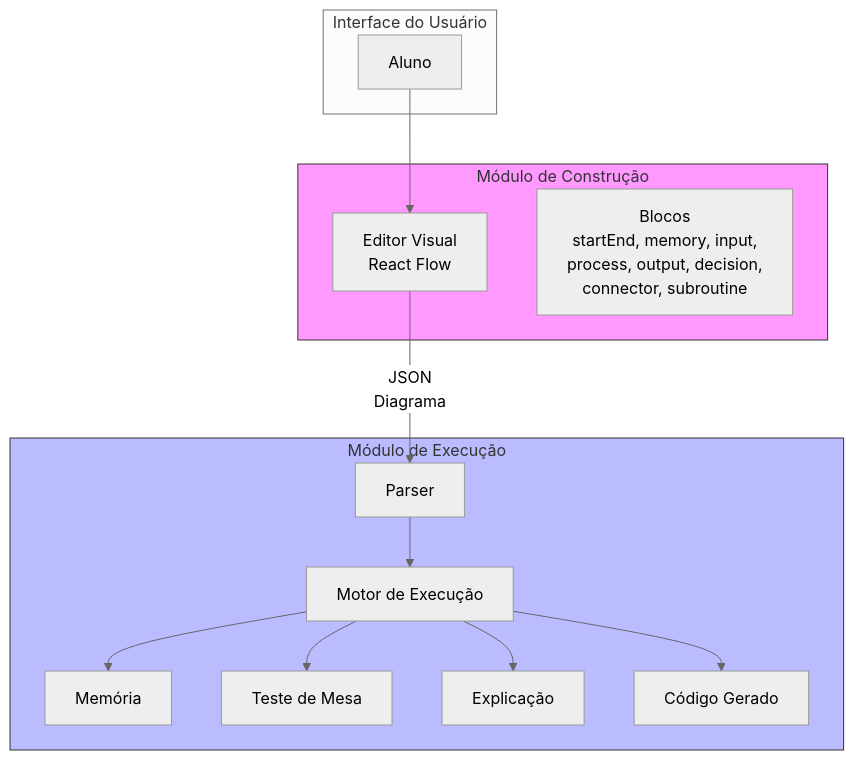
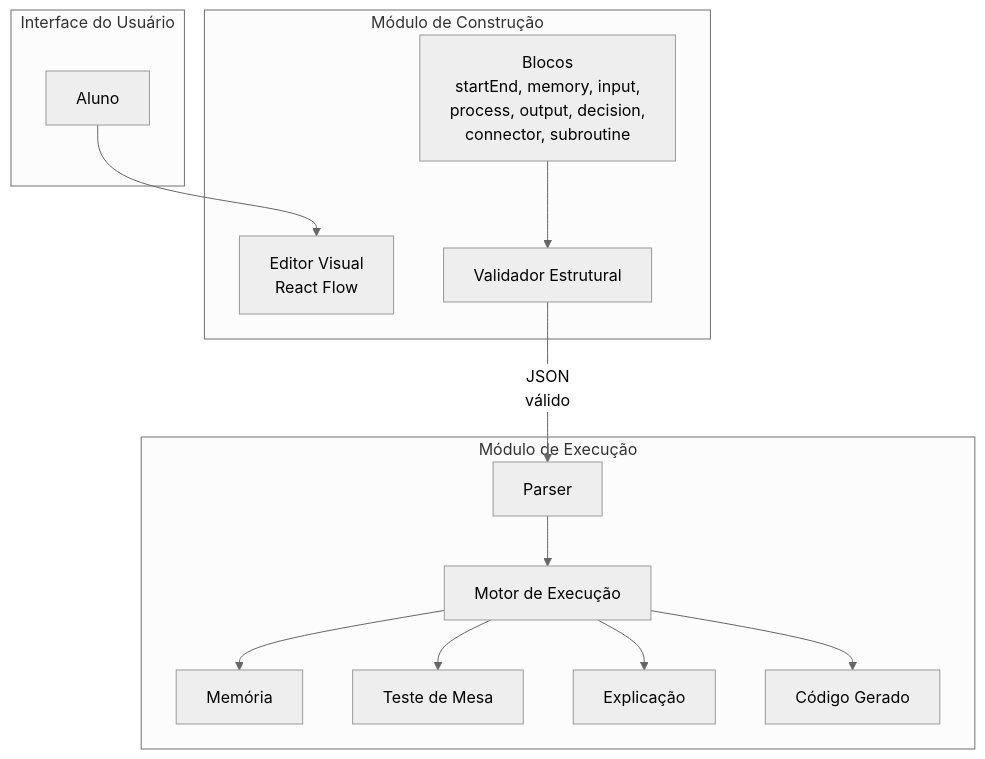
One commit to si-utfpr-gp/blade changed the first of 7 diagrams in docs/ssd.md. Above: the diagram before and after it, drawn with Mermaid (neutral theme). The commit also changed other lines of this file and 1 other file, not shown here.

Commit message:
docs: move structural validation to builder module, fix mermaid diagrams for GitHub rendering

````diff
--- a/docs/ssd.md
+++ b/docs/ssd.md
@@ -53,31 +53,27 @@
 ```mermaid
 graph TB
     subgraph UI["Interface do Usuário"]
         A[Aluno]
     end
-
     subgraph BUILDER["Módulo de Construção"]
         B[Editor Visual<br/>React Flow]
         C[Blocos<br/>startEnd, memory, input,<br/>process, output, decision,<br/>connector, subroutine]
+        V[Validador Estrutural]
     end
-
     subgraph EXECUTION["Módulo de Execução"]
         D[Parser]
         E[Motor de Execução]
         F[Memória]
         G[Teste de Mesa]
         H[Explicação]
         I[Código Gerado]
     end
-
     A --> B
-    B -- "JSON\nDiagrama" --> D
+    C --> V
+    V -- "JSON<br/>válido" --> D
     D --> E
     E --> F
     E --> G
     E --> H
     E --> I
-
-    style BUILDER fill:#f9f,stroke:#333
-    style EXECUTION fill:#bbf,stroke:#333
 ```
````
